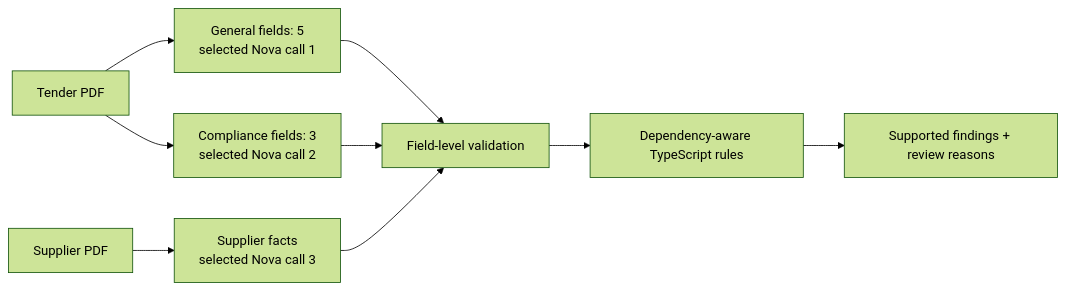
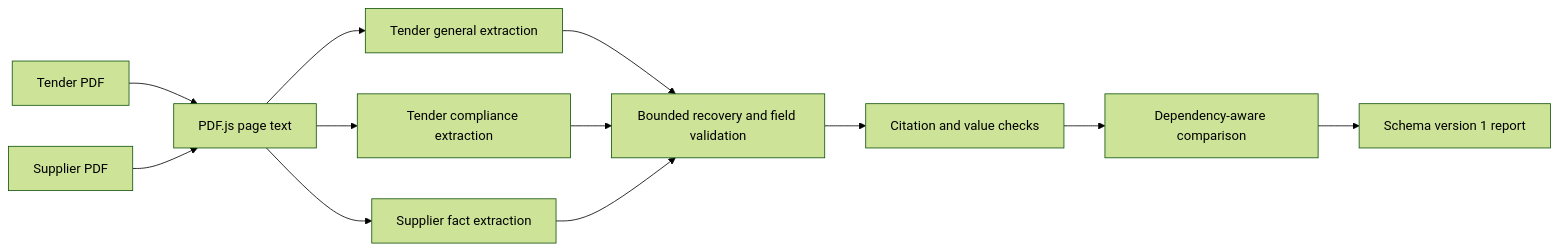
The second of 3 diagrams in docs/architecture.md (hujienan/tender-ai), drawn with Mermaid (forest theme) before and after one commit. The commit also changed other lines of this file and 51 other files, not shown here.

First line of the commit message:
feat: establish clean assessment architecture and document indexing

````diff
--- a/docs/architecture.md
+++ b/docs/architecture.md
@@ -109,11 +22,14 @@
 ```mermaid
 flowchart LR
-  T[Tender PDF] --> G[General fields: 5<br/>selected Nova call 1]
-  T --> C[Compliance fields: 3<br/>selected Nova call 2]
-  S[Supplier PDF] --> F[Supplier facts<br/>selected Nova call 3]
-  G --> V[Field-level validation]
-  C --> V
-  F --> V
-  V --> E[Dependency-aware TypeScript rules]
-  E --> O[Supported findings + review reasons]
+  T[Tender PDF] --> P[PDF.js page text]
+  S[Supplier PDF] --> P
+  P --> G[Tender general extraction]
+  P --> C[Tender compliance extraction]
+  P --> F[Supplier fact extraction]
+  G --> R[Bounded recovery and field validation]
+  C --> R
+  F --> R
+  R --> V[Citation and value checks]
+  V --> D[Dependency-aware comparison]
+  D --> O[Schema version 1 report]
 ```
````
